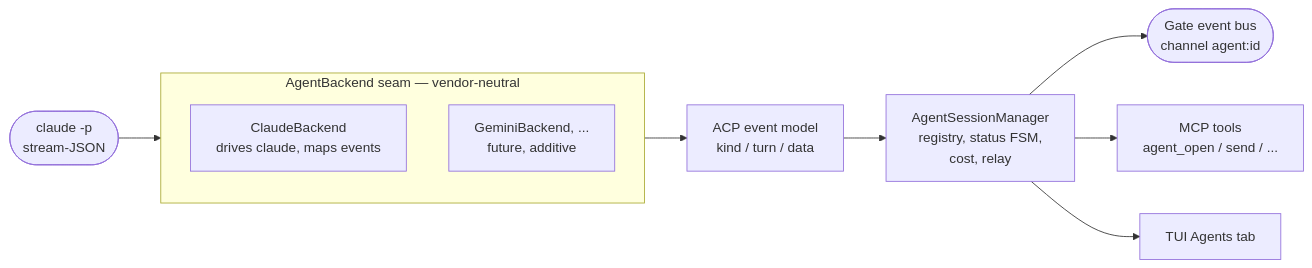
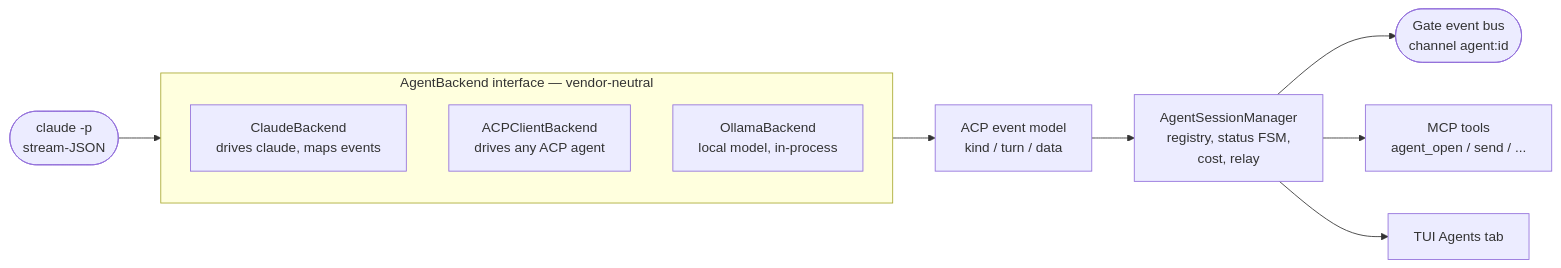
The diagram in docs/src/agents.md (kahliburke/Kaimon.jl), drawn with Mermaid before and after one commit. The commit also changed other lines of this file and 2 other files, not shown here.

First line of the commit message:
Document ACP agents and where a preset is enforced

````diff
--- a/docs/src/agents.md
+++ b/docs/src/agents.md
@@ -15,22 +19,23 @@
 ```mermaid
 flowchart LR
     claude(["claude -p<br/>stream-JSON"])
 
-    subgraph seam["AgentBackend seam — vendor-neutral"]
+    subgraph backends["AgentBackend interface — vendor-neutral"]
         direction TB
         cb["ClaudeBackend<br/>drives claude, maps events"]
-        future["GeminiBackend, ...<br/>future, additive"]
+        acpb["ACPClientBackend<br/>drives any ACP agent"]
+        ob["OllamaBackend<br/>local model, in-process"]
     end
 
     acp["ACP event model<br/>kind / turn / data"]
     mgr["AgentSessionManager<br/>registry, status FSM,<br/>cost, relay"]
 
     bus(["Gate event bus<br/>channel agent:id"])
     tools["MCP tools<br/>agent_open / send / ..."]
     tui["TUI Agents tab"]
 
     claude --> cb --> acp --> mgr
     mgr --> bus
     mgr --> tools
     mgr --> tui
 ```
````
